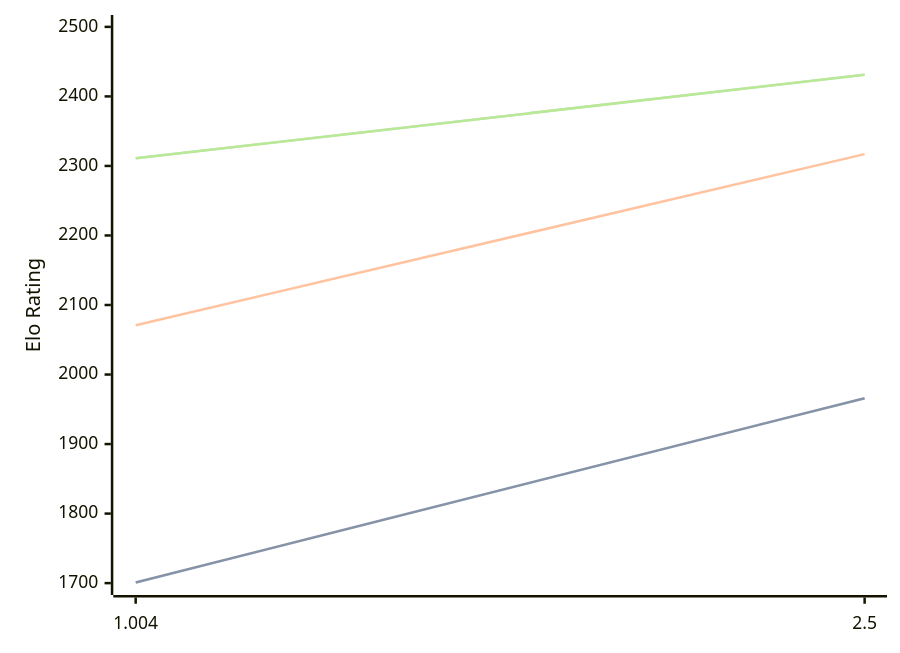
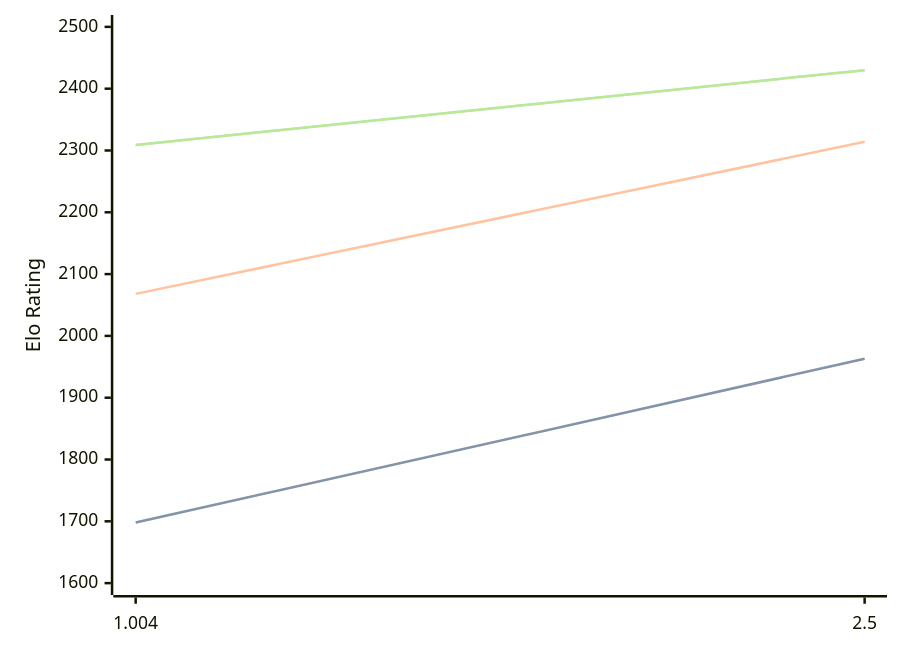
One commit to computer-chess-index/cci changed the diagram in engines/Ares.md. Above: the diagram before and after it, drawn with Mermaid. The commit also changed other lines of this file, not shown here.

Commit message:
Update CCI Ratings (ELO VLTC) - 2026-06-08

````diff
--- a/engines/Ares.md
+++ b/engines/Ares.md
@@ -32,11 +32,11 @@
 ```mermaid
 %%{init: {"theme":"base","themeVariables":{"seriesColors:['#a3a3a3','#222221','#faa371']}}}%%
 xychart-beta
   x-axis ["1.004", "2.5"]
-  y-axis "Elo Rating" 1700 --> 2500
-  line "STC (8.0+0.08s)" [1701, 1966]
-  line "STC (8.0+0.08s)" [1701, 1966]
-  line "LTC (60.0+0.60s)" [2071, 2317]
-  line "VLTC (2m24s+1.12s)" [2311, 2431]
-  line "VLTC (2m24s+1.12s)" [2311, 2431]
+  y-axis "Elo Rating" 1600 --> 2500
+  line "STC (8.0+0.08s)" [1698, 1963]
+  line "STC (8.0+0.08s)" [1698, 1963]
+  line "LTC (60.0+0.60s)" [2068, 2314]
+  line "VLTC (2m24s+1.12s)" [2309, 2430]
+  line "VLTC (2m24s+1.12s)" [2309, 2430]
 ```
````
